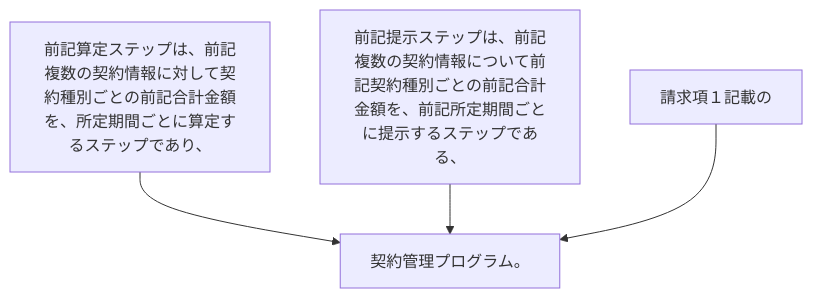
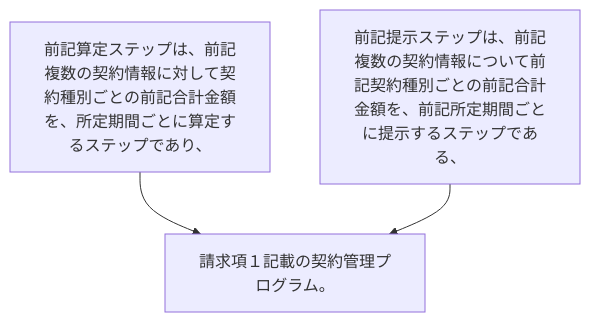
One commit to shinmori55/patent_analyzed changed the diagram in 2024/JP2024014095A/claim_2/README.md. Above: the diagram before and after it, drawn with Mermaid. The commit also changed 27 other files, not shown here.

````diff
--- a/2024/JP2024014095A/claim_2/README.md
+++ b/2024/JP2024014095A/claim_2/README.md
@@ -4,10 +4,8 @@
 ```mermaid
 flowchart TD
 A[前記算定ステップは、前記複数の契約情報に対して契約種別ごとの前記合計金額を、所定期間ごとに算定するステップであり、]
 B[前記提示ステップは、前記複数の契約情報について前記契約種別ごとの前記合計金額を、前記所定期間ごとに提示するステップである、]
-C[請求項１記載の]
-D[契約管理プログラム。]
-A --> D
-B --> D
-C --> D
+C[請求項１記載の契約管理プログラム。]
+A --> C
+B --> C
 ```
````
